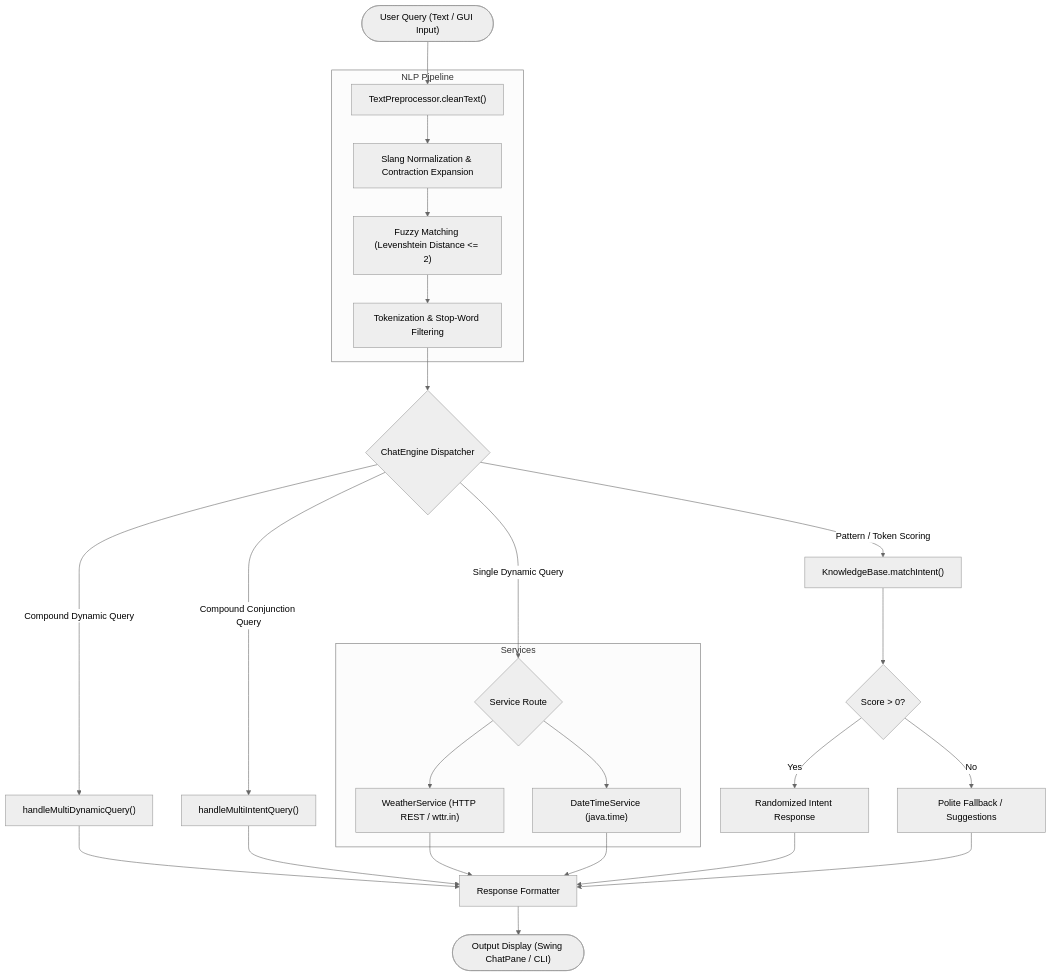
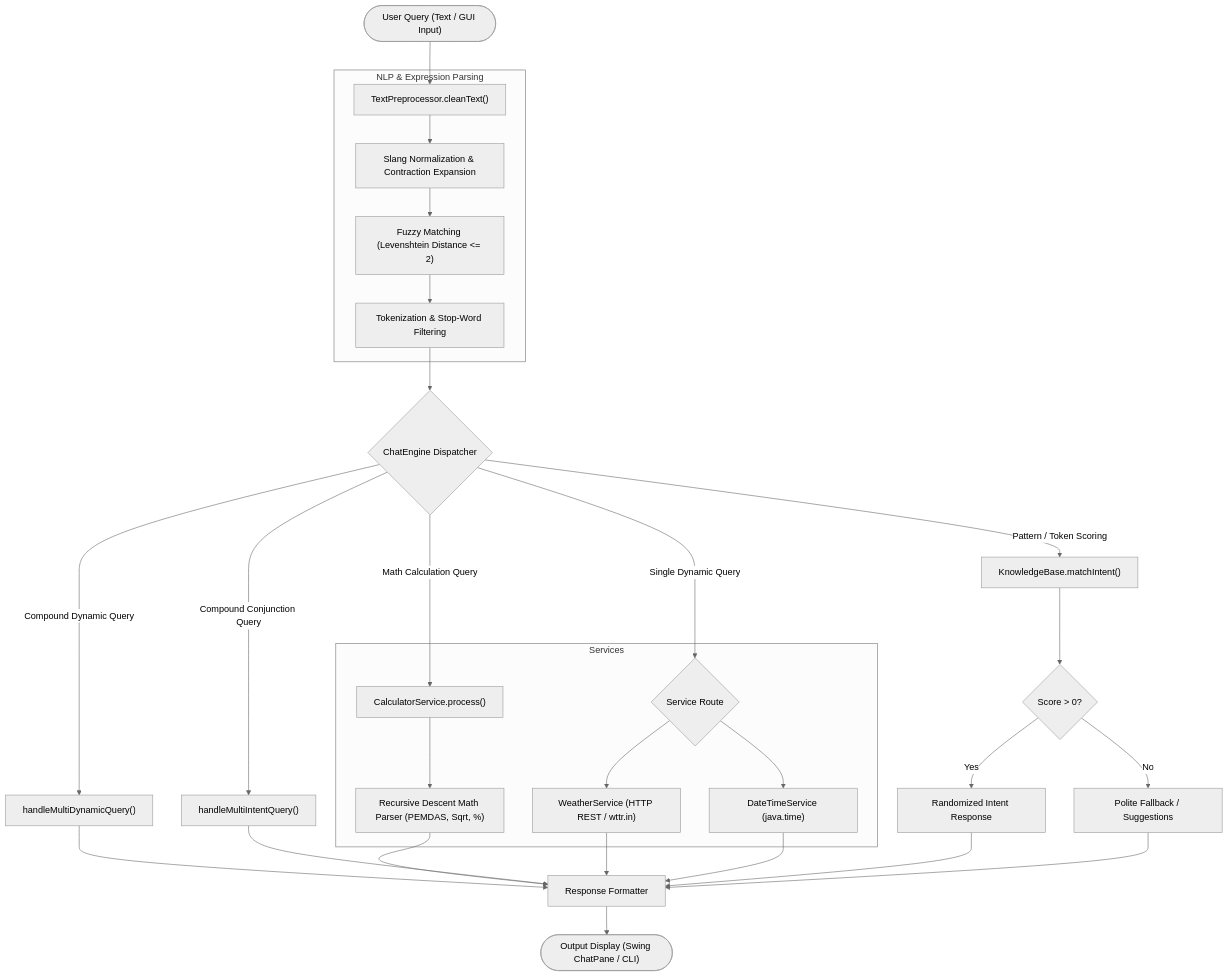
Before and after one commit to J0KEEER/AiChatBot: the diagram in README.md, drawn with Mermaid (neutral theme). The commit also changed other lines of this file and 6 other files, not shown here.

````diff
--- a/README.md
+++ b/README.md
@@ -74,35 +82,38 @@
 ```mermaid
 flowchart TD
     UserInput(["User Query (Text / GUI Input)"]) --> Preprocessor["TextPreprocessor.cleanText()"]
     
-    subgraph NLP Pipeline
+    subgraph NLP & Expression Parsing
         Preprocessor --> Slang["Slang Normalization & Contraction Expansion"]
         Slang --> Typo["Fuzzy Matching (Levenshtein Distance <= 2)"]
         Typo --> Tokenizer["Tokenization & Stop-Word Filtering"]
     end
     
     Tokenizer --> Router{"ChatEngine Dispatcher"}
     
     Router -->|Compound Dynamic Query| MultiDynamic["handleMultiDynamicQuery()"]
+    Router -->|Math Calculation Query| CalcService["CalculatorService.process()"]
     Router -->|Compound Conjunction Query| MultiIntent["handleMultiIntentQuery()"]
     Router -->|Single Dynamic Query| DynamicServices{"Service Route"}
     Router -->|Pattern / Token Scoring| KnowledgeBase["KnowledgeBase.matchIntent()"]
     
     subgraph Services
+        CalcService --> MathParser["Recursive Descent Math Parser (PEMDAS, Sqrt, %)"]
         DynamicServices --> Weather["WeatherService (HTTP REST / wttr.in)"]
         DynamicServices --> DateTime["DateTimeService (java.time)"]
     end
     
     KnowledgeBase --> FallbackCheck{"Score > 0?"}
     FallbackCheck -->|Yes| IntentResp["Randomized Intent Response"]
     FallbackCheck -->|No| PoliteFallback["Polite Fallback / Suggestions"]
     
     MultiDynamic --> Formatter["Response Formatter"]
+    MathParser --> Formatter
     MultiIntent --> Formatter
     Weather --> Formatter
     DateTime --> Formatter
     IntentResp --> Formatter
     PoliteFallback --> Formatter
     
     Formatter --> UIOutput(["Output Display (Swing ChatPane / CLI)"])
 ```
````
